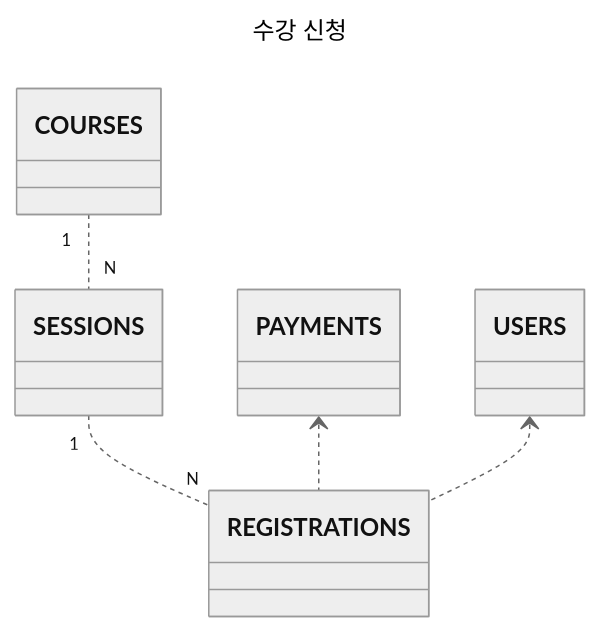
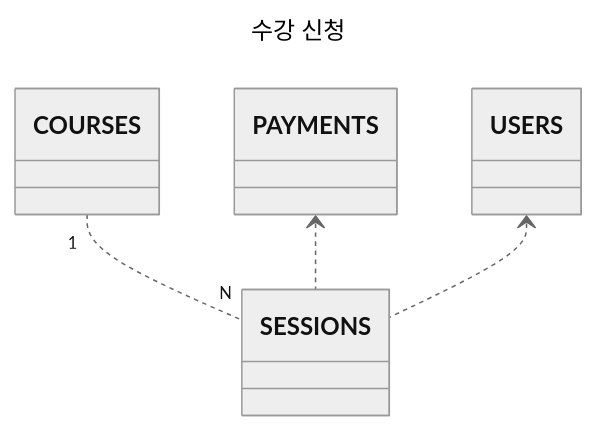
One commit to next-step/java-lms changed the diagram in docs/step2.md. Above: the diagram before and after it, drawn with Mermaid (neutral theme). The commit also changed other lines of this file and 16 other files, not shown here.

````diff
--- a/docs/step2.md
+++ b/docs/step2.md
@@ -62,10 +52,9 @@
 ```mermaid
 ---
 title: 수강 신청
 ---
 classDiagram
     COURSES "1" .. "N" SESSIONS
-    SESSIONS "1" .. "N" REGISTRATIONS
-    PAYMENTS <.. REGISTRATIONS
-    USERS <.. REGISTRATIONS
+    PAYMENTS <.. SESSIONS
+    USERS <.. SESSIONS
 ```
````
